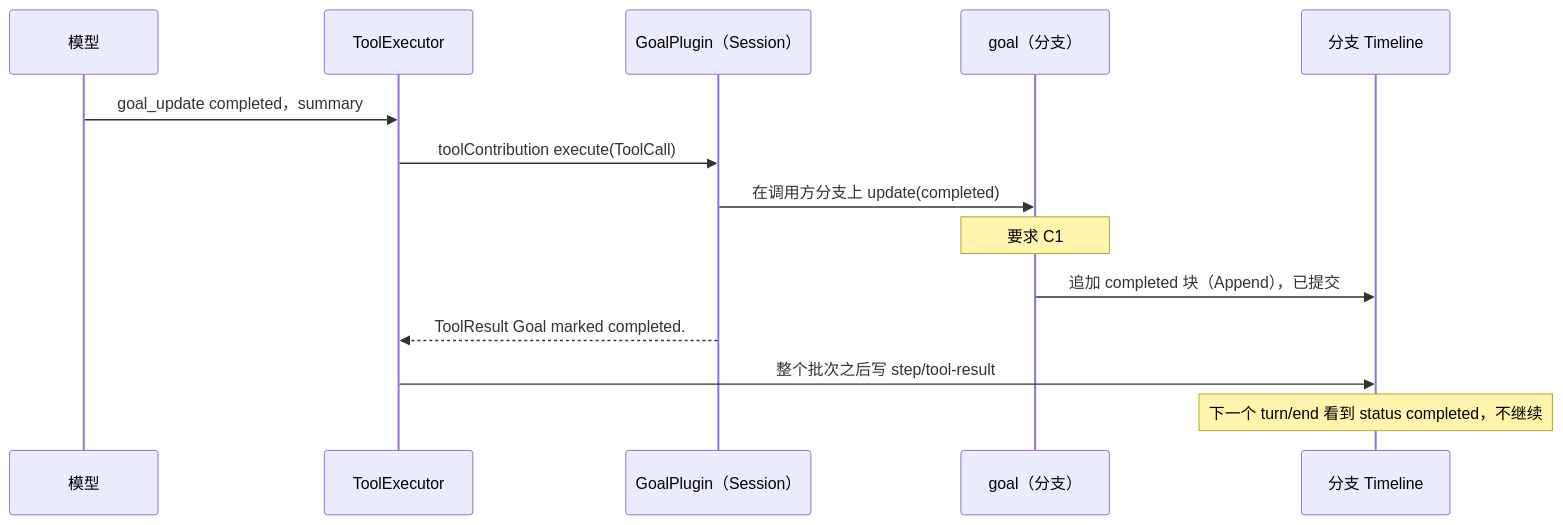
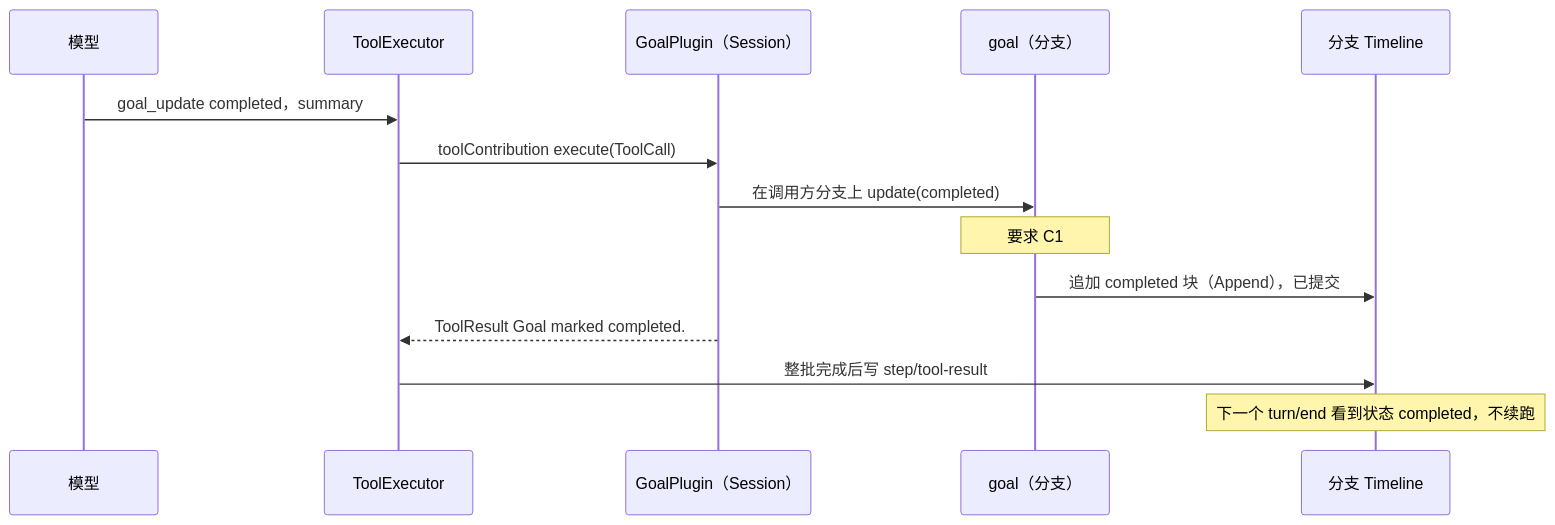
Before and after one commit to CoutinhoTTS/dim-agent: the fourth of 6 diagrams in docs/zh/design/plugins/Goal.md, drawn with Mermaid. The commit also changed other lines of this file and 18 other files, not shown here.

````diff
--- a/docs/zh/design/plugins/Goal.md
+++ b/docs/zh/design/plugins/Goal.md
@@ -108,16 +108,16 @@
 ```mermaid
 sequenceDiagram
   participant Model as 模型
   participant TE as ToolExecutor
   participant GS as GoalPlugin（Session）
   participant G as goal（分支）
   participant TL as 分支 Timeline
   Model->>TE: goal_update completed，summary
   TE->>GS: toolContribution execute(ToolCall)
   GS->>G: 在调用方分支上 update(completed)
   Note over G: 要求 C1
   G->>TL: 追加 completed 块（Append），已提交
   GS-->>TE: ToolResult Goal marked completed.
-  TE->>TL: 整个批次之后写 step/tool-result
-  Note over TL: 下一个 turn/end 看到 status completed，不继续
+  TE->>TL: 整批完成后写 step/tool-result
+  Note over TL: 下一个 turn/end 看到状态 completed，不续跑
 ```
````
